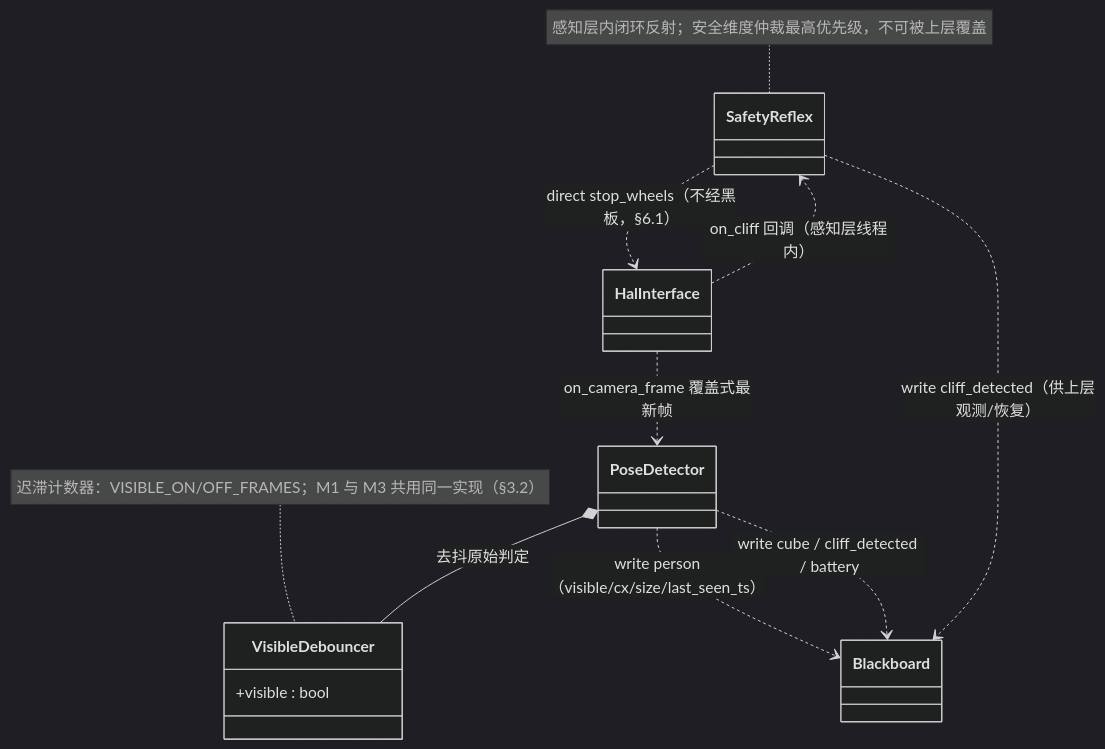
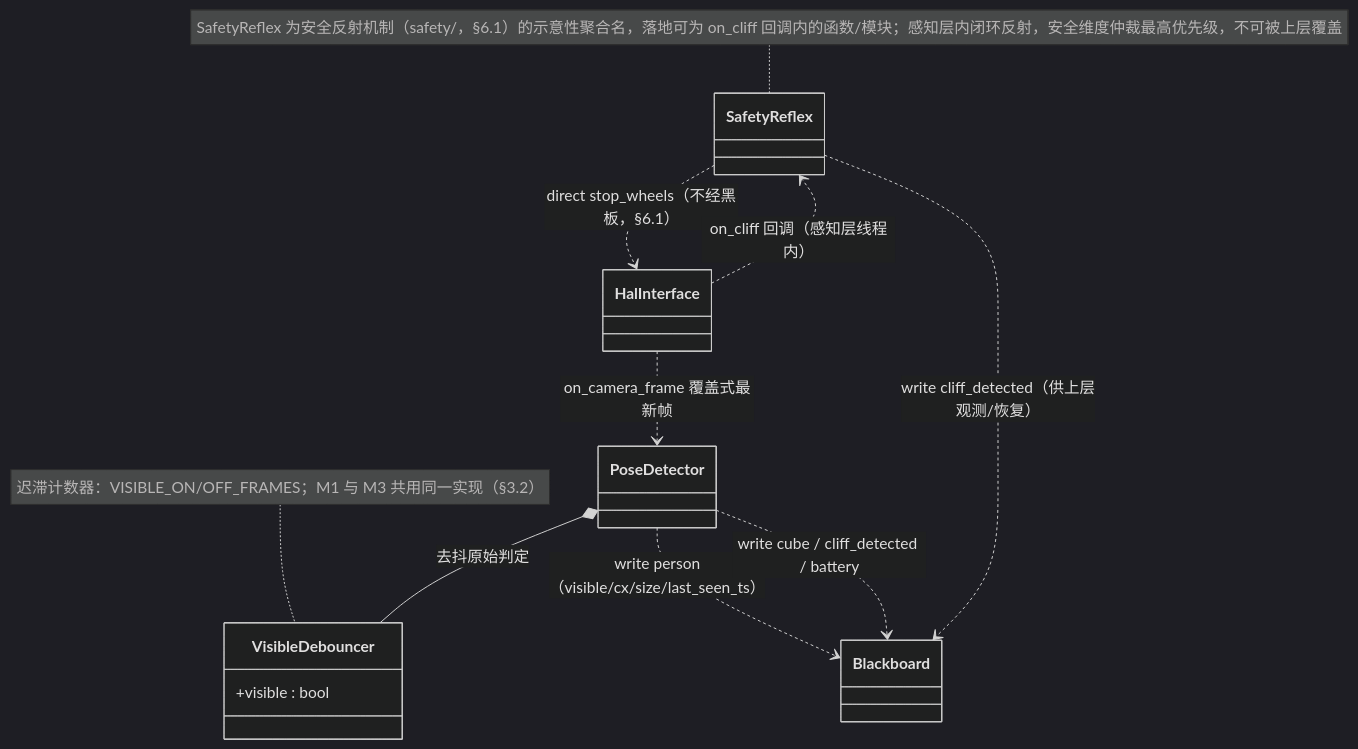
The second of 7 diagrams in docs/requirements/follow-me/follow-me-fds.md (keeploading/super-baby), drawn with Mermaid (dark theme) before and after one commit. The commit also changed other lines of this file, not shown here.

First line of the commit message:
docs: FDS v4.1 — 吸收 developer 对架构补图(§1.4/§1.5)的评审

````diff
--- a/docs/requirements/follow-me/follow-me-fds.md
+++ b/docs/requirements/follow-me/follow-me-fds.md
@@ -135,20 +135,20 @@
 ```mermaid
 classDiagram
     class PoseDetector
     class VisibleDebouncer {
         +visible : bool
     }
     class SafetyReflex
     class Blackboard
     class HalInterface
 
     PoseDetector *-- VisibleDebouncer : 去抖原始判定
     PoseDetector ..> Blackboard : write person（visible/cx/size/last_seen_ts）
     PoseDetector ..> Blackboard : write cube / cliff_detected / battery
     SafetyReflex ..> HalInterface : direct stop_wheels（不经黑板，§6.1）
     SafetyReflex ..> Blackboard : write cliff_detected（供上层观测/恢复）
     HalInterface ..> PoseDetector : on_camera_frame 覆盖式最新帧
     HalInterface ..> SafetyReflex : on_cliff 回调（感知层线程内）
-    note for SafetyReflex "感知层内闭环反射；安全维度仲裁最高优先级，不可被上层覆盖"
+    note for SafetyReflex "SafetyReflex 为安全反射机制（safety/，§6.1）的示意性聚合名，落地可为 on_cliff 回调内的函数/模块；感知层内闭环反射，安全维度仲裁最高优先级，不可被上层覆盖"
     note for VisibleDebouncer "迟滞计数器：VISIBLE_ON/OFF_FRAMES；M1 与 M3 共用同一实现（§3.2）"
 ```
````
